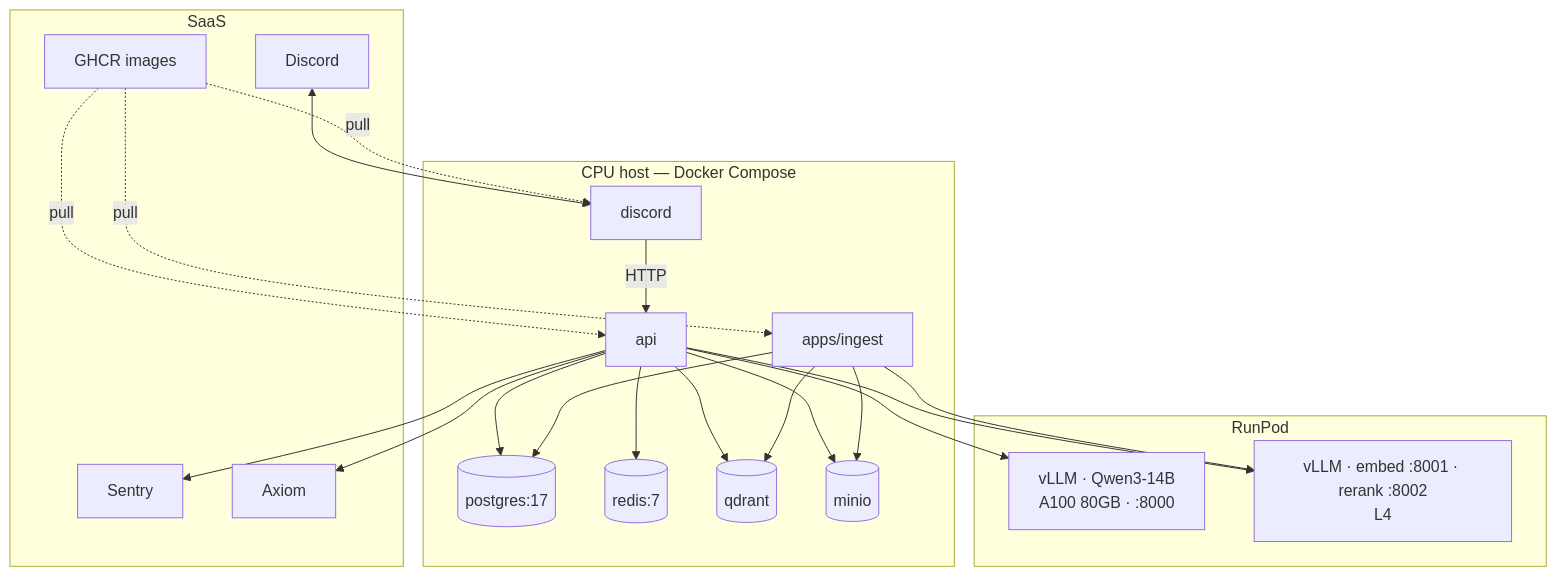
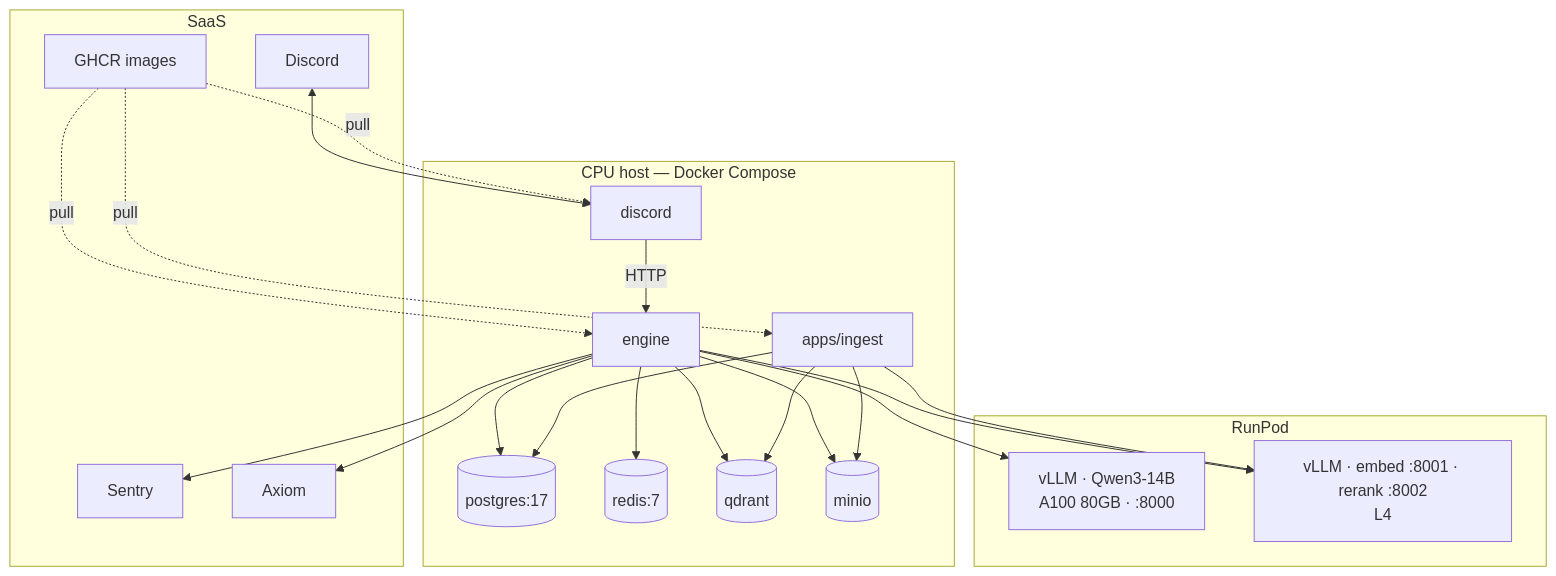
Before and after one commit to ashworks1706/SparkyAI: the ninth of 9 diagrams in docs/ARCHITECTURE.md, drawn with Mermaid. The commit also changed other lines of this file and 63 other files, not shown here.

First line of the commit message:
apps/api → apps/engine; modules regrouped as agent / knowledge / storage / routes

````diff
--- a/docs/ARCHITECTURE.md
+++ b/docs/ARCHITECTURE.md
@@ -394,27 +394,27 @@
 ```mermaid
 flowchart TB
     subgraph host [CPU host — Docker Compose]
         BOT[discord]
-        APP[api]
+        APP[engine]
         ING[apps/ingest]
         PG[(postgres:17)]
         RD[(redis:7)]
         QD[(qdrant)]
         MN[(minio)]
     end
     subgraph runpod [RunPod]
         V1[vLLM · Qwen3-14B<br/>A100 80GB · :8000]
         V2[vLLM · embed :8001 · rerank :8002<br/>L4]
     end
     subgraph saas [SaaS]
         DC[Discord]
         SE[Sentry]
         AX[Axiom]
         GH[GHCR images]
     end
     DC <--> BOT
     BOT -->|HTTP| APP
     APP --> V1 & V2 & PG & RD & QD & MN & SE & AX
     ING --> V2 & PG & QD & MN
     GH -.->|pull| BOT & APP & ING
 ```
````
